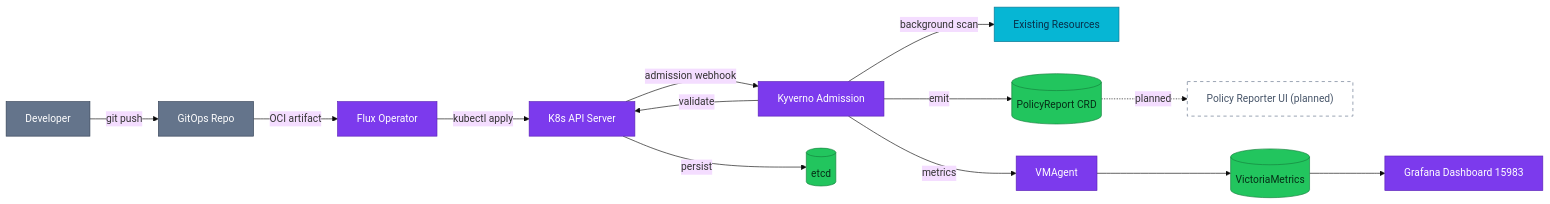
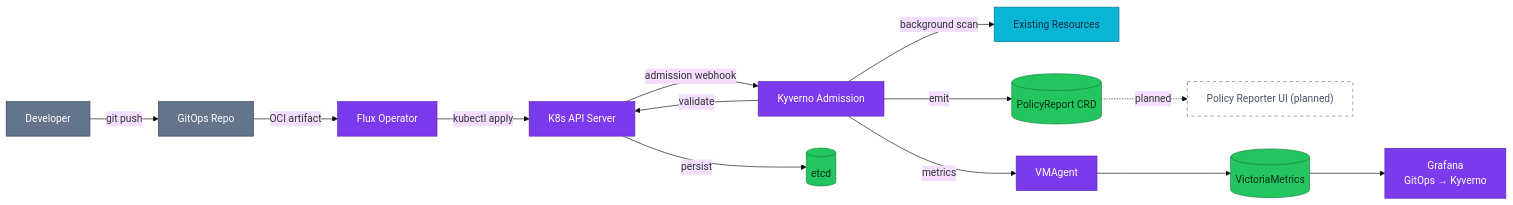
Before and after one commit to duynhlab/homelab: the diagram in docs/platform/kyverno.md, drawn with Mermaid (base theme). The commit also changed other lines of this file and 13 other files, not shown here.

````diff
--- a/docs/platform/kyverno.md
+++ b/docs/platform/kyverno.md
@@ -46,27 +46,27 @@
 ```mermaid
 flowchart LR
     Dev["Developer"] -->|"git push"| Repo["GitOps Repo"]
     Repo -->|"OCI artifact"| Flux["Flux Operator"]
     Flux -->|"kubectl apply"| API["K8s API Server"]
     API -->|"admission webhook"| Kyverno["Kyverno Admission"]
     Kyverno -->|"validate"| API
     API -->|"persist"| Etcd[("etcd")]
     Kyverno -->|"background scan"| Existing["Existing Resources"]
     Kyverno -->|"emit"| PR[("PolicyReport CRD")]
     PR -.->|"planned"| Reporter["Policy Reporter UI (planned)"]
     Kyverno -->|"metrics"| VMAgent["VMAgent"]
     VMAgent --> VMSingle[("VictoriaMetrics")]
-    VMSingle --> Grafana["Grafana Dashboard 15983"]
+    VMSingle --> Grafana["Grafana<br/>GitOps → Kyverno"]
 
     classDef service fill:#06b6d4,color:#082f49,stroke:#0e7490;
     classDef platform fill:#7c3aed,color:#fff,stroke:#5b21b6;
     classDef data fill:#22c55e,color:#052e16,stroke:#15803d;
     classDef external fill:#64748b,color:#fff,stroke:#334155;
     classDef planned fill:#fff,color:#475569,stroke:#64748b,stroke-dasharray:5 5;
 
     class Dev,Repo external;
     class Flux,API,Kyverno,VMAgent,Grafana platform;
     class Etcd,PR,VMSingle data;
     class Existing service;
     class Reporter planned;
 ```
````
